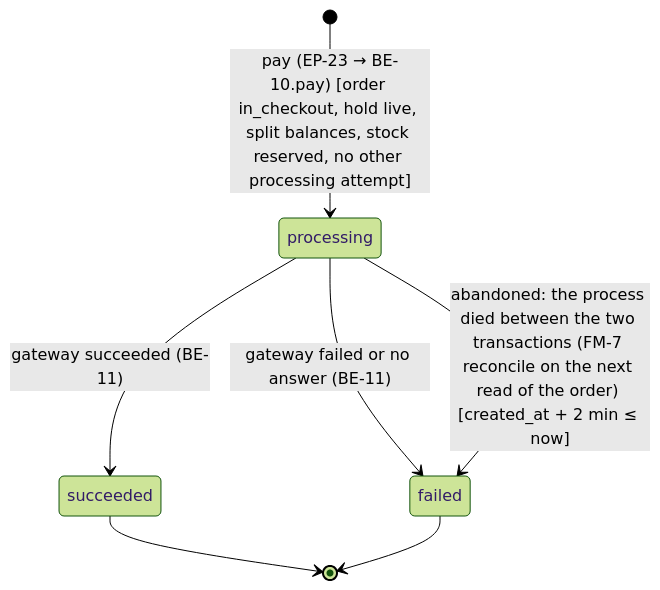
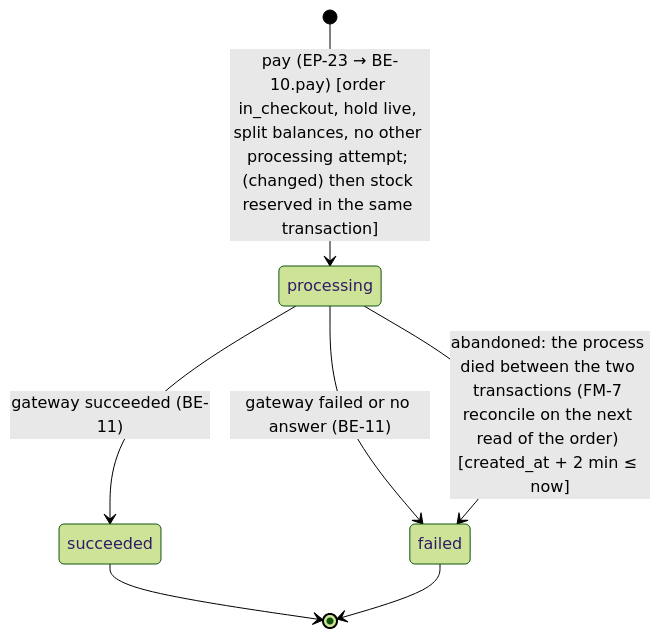
The diagram in docs/architecture/diagrams/state-payment-attempt.mmd (hisefath/cerbo-supplement-store), drawn with Mermaid (forest theme) before and after one commit. The commit also changed 9 other files, not shown here.

Commit message:
diagrams(m6): redraw 9 LLD diagrams for the M6 delta

```diff
--- a/docs/architecture/diagrams/state-payment-attempt.mmd
+++ b/docs/architecture/diagrams/state-payment-attempt.mmd
@@ -1,14 +1,14 @@
 %% diagram: state-payment-attempt
-%% source: docs/architecture/lld.md#sm-2-payment-attempt-payment_attemptsstatus-state-payment-attempt @ e885abc
-%% drawn: 2026-10-10T04:58:02Z by draw-diagrams (claude, claude-opus-5-5)
+%% source: docs/architecture/lld.md#sm-2-payment-attempt-payment_attemptsstatus-state-payment-attempt @ ef9f129
+%% drawn: 2026-10-11T14:44:25Z by draw-diagrams (claude, claude-opus-5-5)
 %% render: unverified
 %% render-check: mmdc not on PATH
 %% missing: 0
 %% Generated from the source section. Do not edit by hand: fix the section, then re-run `draw-diagrams state-payment-attempt`.
 stateDiagram-v2
-    [*] --> processing : pay (EP-23 → BE-10.pay) [order in_checkout, hold live, split balances, stock reserved, no other processing attempt]
+    [*] --> processing : pay (EP-23 → BE-10.pay) [order in_checkout, hold live, split balances, no other processing attempt#59; (changed) then stock reserved in the same transaction]
     processing --> succeeded : gateway succeeded (BE-11)
     processing --> failed : gateway failed or no answer (BE-11)
     processing --> failed : abandoned: the process died between the two transactions (FM-7 reconcile on the next read of the order) [created_at + 2 min ≤ now]
     succeeded --> [*]
     failed --> [*]
```
